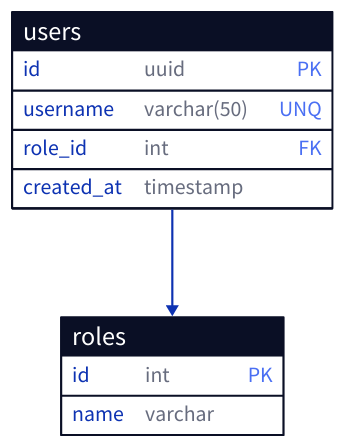
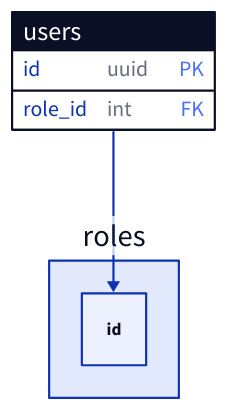
The third of 6 diagrams in patra-api/docs/.claude/memories/d2.md (linqibin0826/patra), drawn with D2 before and after one commit. The commit also changed other lines of this file and 5 other files, not shown here.

````diff
--- a/patra-api/docs/.claude/memories/d2.md
+++ b/patra-api/docs/.claude/memories/d2.md
@@ -290,19 +82,8 @@
 ```d2
 users: {
   shape: sql_table
-
   id: uuid {constraint: primary_key}
-  username: varchar(50) {constraint: unique}
   role_id: int {constraint: foreign_key}
-  created_at: timestamp
 }
-
-roles: {
-  shape: sql_table
-  id: int {constraint: primary_key}
-  name: varchar
-}
-
-# 字段级外键关系
 users.role_id -> roles.id
 ```
````
